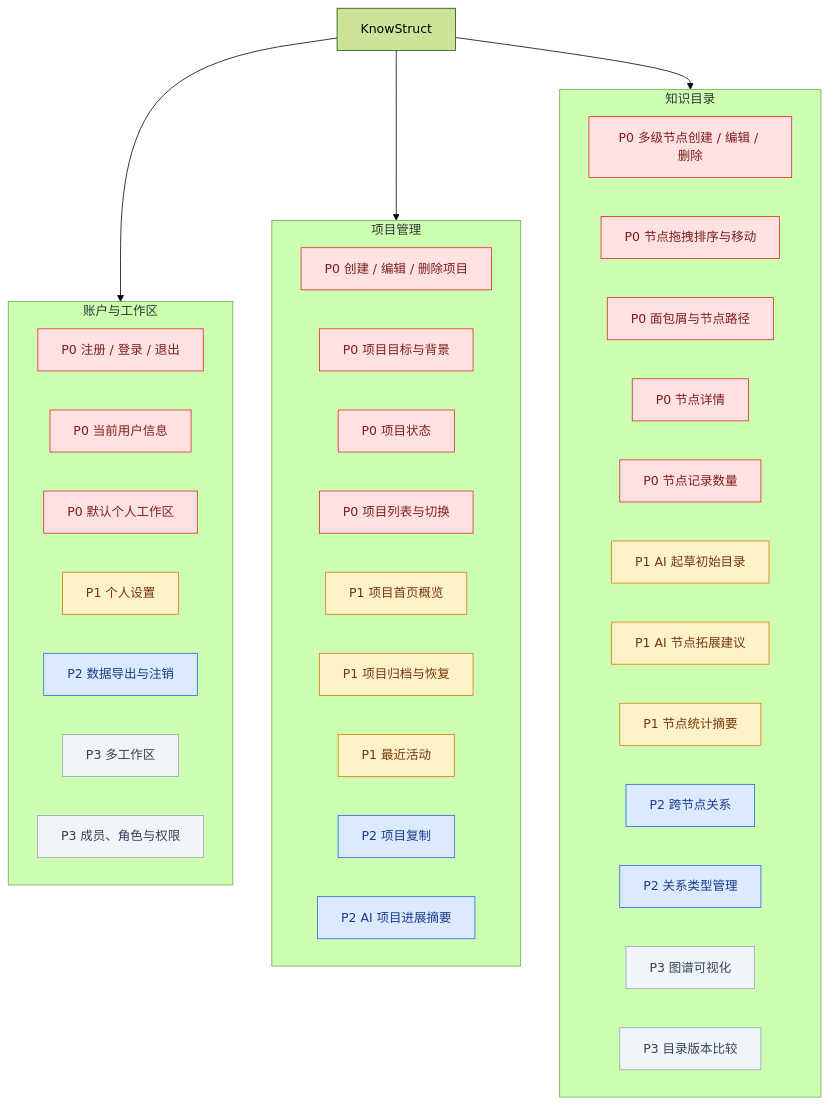
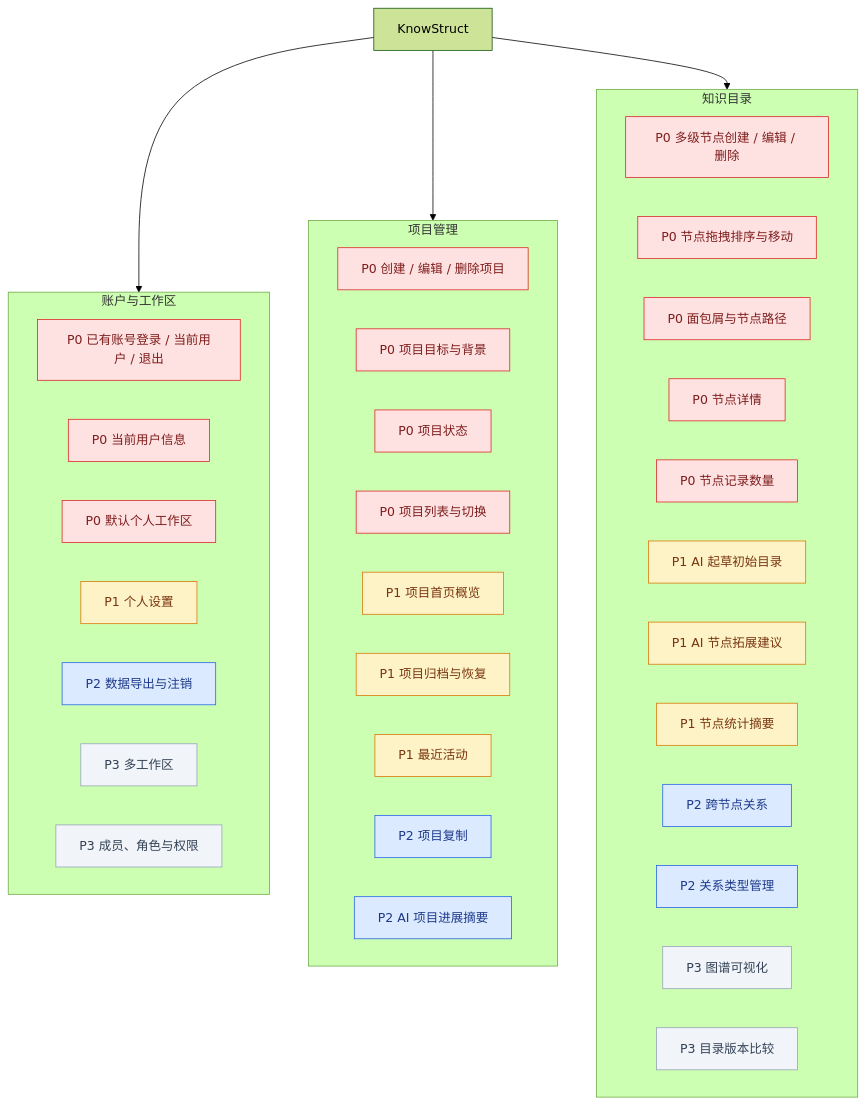
One commit to zxaptx4869/KnowStruct changed the third of 7 diagrams in docs/功能结构图与优先级.md. Above: the diagram before and after it, drawn with Mermaid (forest theme). The commit also changed 60 other files, not shown here.

````diff
--- a/docs/功能结构图与优先级.md
+++ b/docs/功能结构图与优先级.md
@@ -77,54 +77,54 @@
 ```mermaid
 flowchart TB
     ROOT["KnowStruct"]
 
     subgraph ACCOUNT["账户与工作区"]
-        A1["P0 注册 / 登录 / 退出"]
+        A1["P0 已有账号登录 / 当前用户 / 退出"]
         A2["P0 当前用户信息"]
         A3["P0 默认个人工作区"]
         A4["P1 个人设置"]
         A5["P2 数据导出与注销"]
         A6["P3 多工作区"]
         A7["P3 成员、角色与权限"]
     end
 
     subgraph PROJECT["项目管理"]
         B1["P0 创建 / 编辑 / 删除项目"]
         B2["P0 项目目标与背景"]
         B3["P0 项目状态"]
         B4["P0 项目列表与切换"]
         B5["P1 项目首页概览"]
         B6["P1 项目归档与恢复"]
         B7["P1 最近活动"]
         B8["P2 项目复制"]
         B9["P2 AI 项目进展摘要"]
     end
 
     subgraph TREE["知识目录"]
         C1["P0 多级节点创建 / 编辑 / 删除"]
         C2["P0 节点拖拽排序与移动"]
         C3["P0 面包屑与节点路径"]
         C4["P0 节点详情"]
         C5["P0 节点记录数量"]
         C6["P1 AI 起草初始目录"]
         C7["P1 AI 节点拓展建议"]
         C8["P1 节点统计摘要"]
         C9["P2 跨节点关系"]
         C10["P2 关系类型管理"]
         C11["P3 图谱可视化"]
         C12["P3 目录版本比较"]
     end
 
     ROOT --> ACCOUNT
     ROOT --> PROJECT
     ROOT --> TREE
 
     classDef p0 fill:#fee2e2,color:#7f1d1d,stroke:#dc2626;
     classDef p1 fill:#fef3c7,color:#78350f,stroke:#d97706;
     classDef p2 fill:#dbeafe,color:#1e3a8a,stroke:#2563eb;
     classDef p3 fill:#f1f5f9,color:#334155,stroke:#94a3b8;
     class A1,A2,A3,B1,B2,B3,B4,C1,C2,C3,C4,C5 p0;
     class A4,B5,B6,B7,C6,C7,C8 p1;
     class A5,B8,B9,C9,C10 p2;
     class A6,A7,C11,C12 p3;
 ```
````
